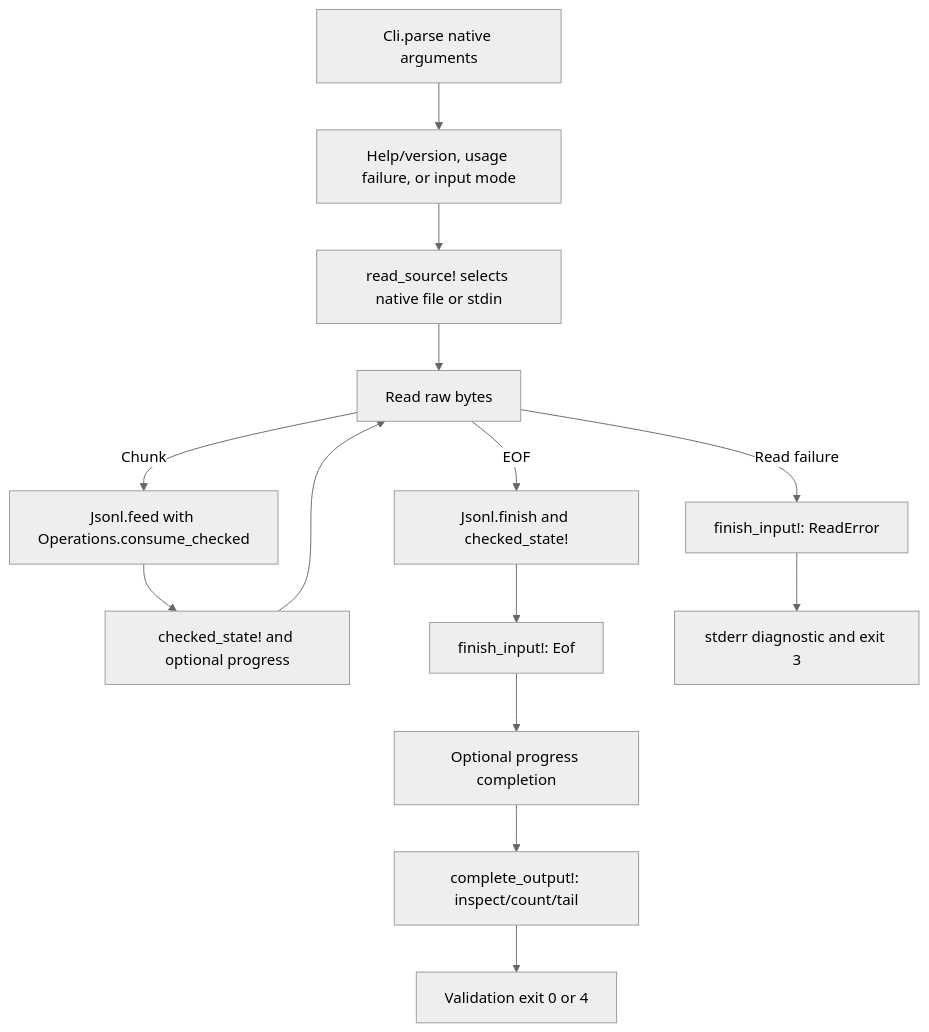
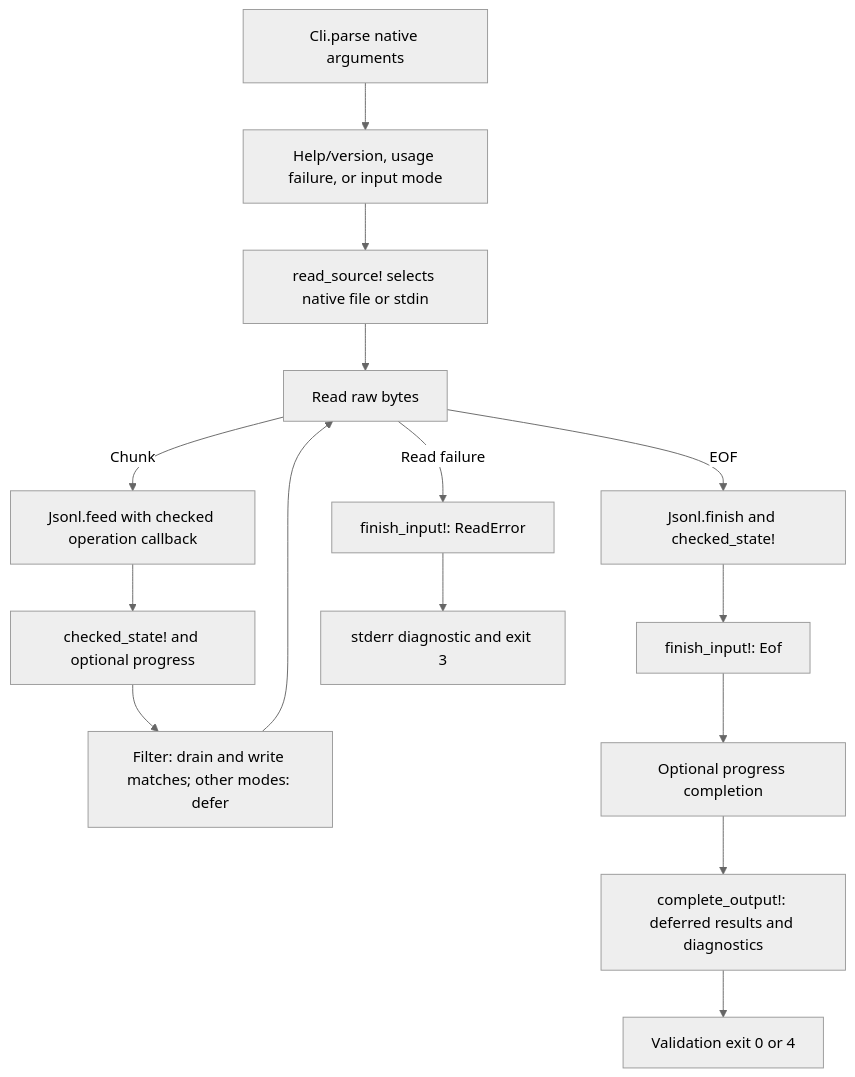
The diagram in docs/learning/main.roc.md (DanielBlanco/jlog), drawn with Mermaid (neutral theme) before and after one commit. The commit also changed other lines of this file and 12 other files, not shown here.

````diff
--- a/docs/learning/main.roc.md
+++ b/docs/learning/main.roc.md
@@ -16,16 +16,17 @@
 ```mermaid
 flowchart TD
     A[Cli.parse native arguments] --> B[Help/version, usage failure, or input mode]
     B --> C[read_source! selects native file or stdin]
     C --> D[Read raw bytes]
-    D -->|Chunk| E[Jsonl.feed with Operations.consume_checked]
+    D -->|Chunk| E[Jsonl.feed with checked operation callback]
     E --> F[checked_state! and optional progress]
-    F --> D
+    F --> N[Filter: drain and write matches; other modes: defer]
+    N --> D
     D -->|EOF| G[Jsonl.finish and checked_state!]
     G --> H[finish_input!: Eof]
     D -->|Read failure| I[finish_input!: ReadError]
     I --> J[stderr diagnostic and exit 3]
     H --> K[Optional progress completion]
-    K --> L[complete_output!: inspect/count/tail]
+    K --> L[complete_output!: deferred results and diagnostics]
     L --> M[Validation exit 0 or 4]
 ```
````
